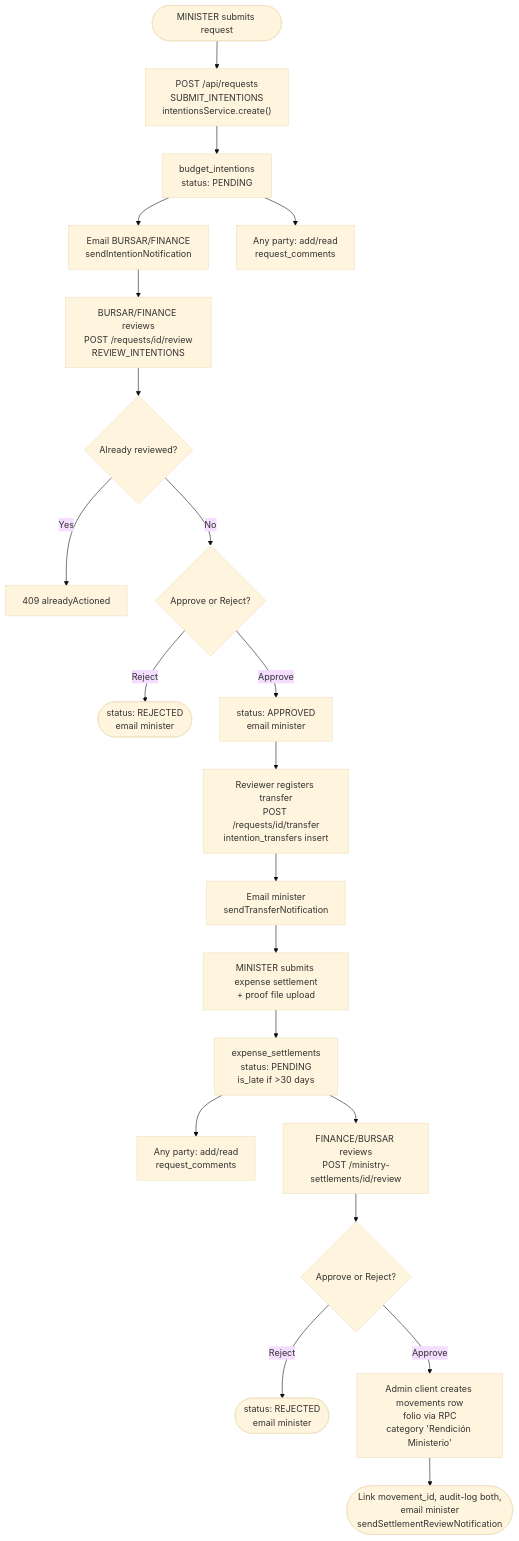
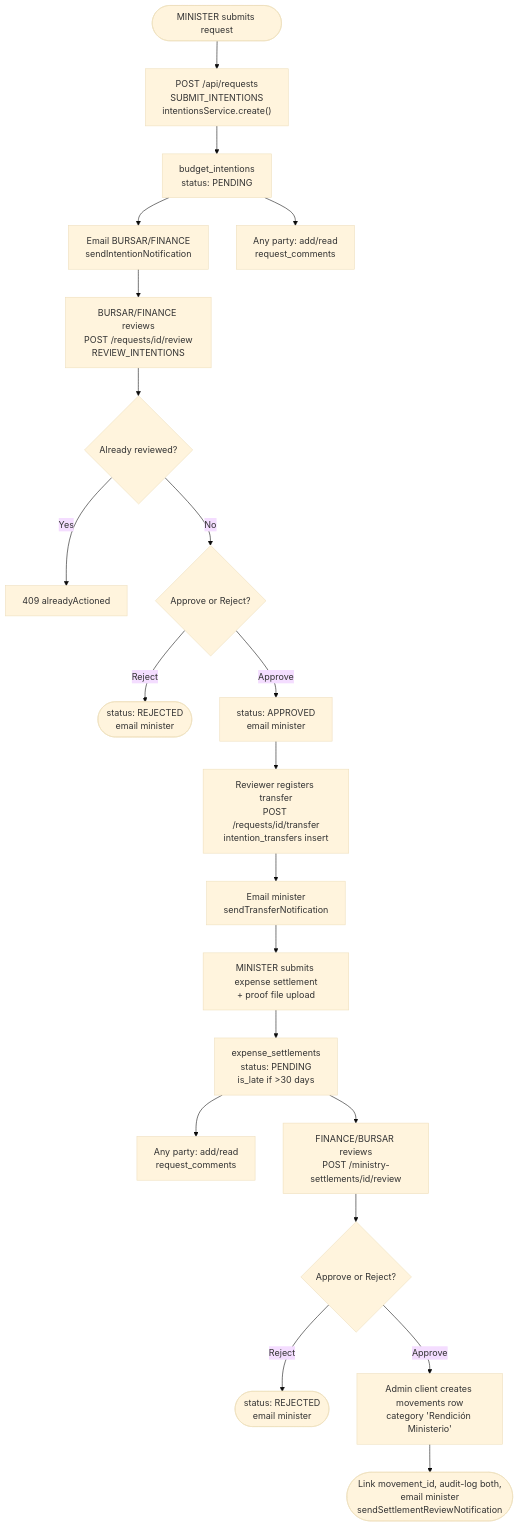
One commit to Torfel0312/sistema_contable_pibt changed the diagram in docs/diagrams/03-requests-flow.md. Above: the diagram before and after it, drawn with Mermaid (base theme). The commit also changed 30 other files, not shown here.

First line of the commit message:
Remove folio system (DB, RPC, services, UI, emails) (#66)

````diff
--- a/docs/diagrams/03-requests-flow.md
+++ b/docs/diagrams/03-requests-flow.md
@@ -3,23 +3,23 @@
 ```mermaid
 flowchart TD
     A([MINISTER submits request]) --> B["POST /api/requests<br/>SUBMIT_INTENTIONS<br/>intentionsService.create()"]
     B --> C[budget_intentions<br/>status: PENDING]
     C --> D[Email BURSAR/FINANCE<br/>sendIntentionNotification]
     C --> Z1[Any party: add/read<br/>request_comments]
     D --> E["BURSAR/FINANCE reviews<br/>POST /requests/id/review<br/>REVIEW_INTENTIONS"]
     E --> F{Already reviewed?}
     F -->|Yes| G[409 alreadyActioned]
     F -->|No| H{Approve or Reject?}
     H -->|Reject| I([status: REJECTED<br/>email minister])
     H -->|Approve| J[status: APPROVED<br/>email minister]
     J --> K["Reviewer registers transfer<br/>POST /requests/id/transfer<br/>intention_transfers insert"]
     K --> L[Email minister<br/>sendTransferNotification]
     L --> M[MINISTER submits expense settlement<br/>+ proof file upload]
     M --> N["expense_settlements<br/>status: PENDING<br/>is_late if >30 days"]
     N --> Z2[Any party: add/read<br/>request_comments]
     N --> O["FINANCE/BURSAR reviews<br/>POST /ministry-settlements/id/review"]
     O --> P{Approve or Reject?}
     P -->|Reject| Q([status: REJECTED<br/>email minister])
-    P -->|Approve| R[Admin client creates movements row<br/>folio via RPC<br/>category 'Rendición Ministerio']
+    P -->|Approve| R[Admin client creates movements row<br/>category 'Rendición Ministerio']
     R --> S([Link movement_id, audit-log both,<br/>email minister<br/>sendSettlementReviewNotification])
 ```
````
